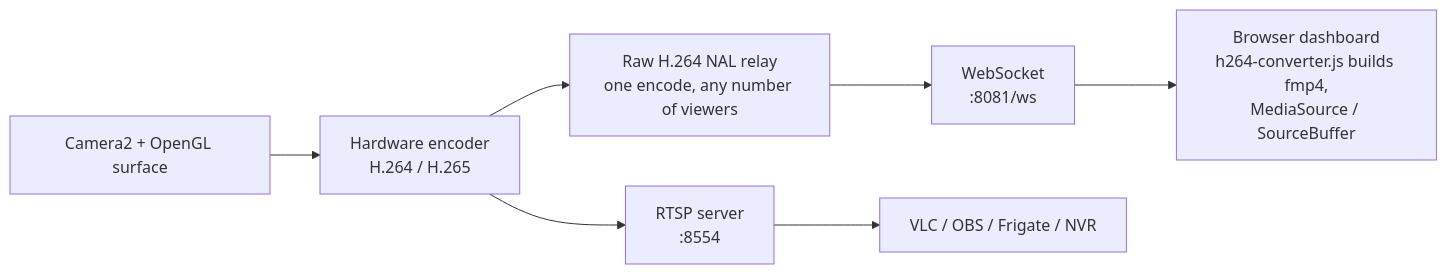
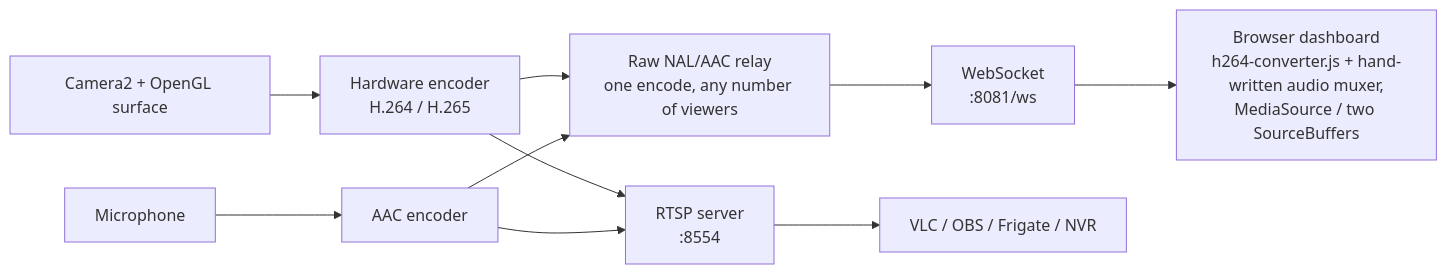
The diagram in README.md (fecloud/RTSP-CCTV-App), drawn with Mermaid before and after one commit. The commit also changed other lines of this file and 8 other files, not shown here.

````diff
--- a/README.md
+++ b/README.md
@@ -79,11 +79,14 @@
 ```mermaid
 flowchart LR
     CAM[Camera2 + OpenGL surface] --> ENC[Hardware encoder<br/>H.264 / H.265]
+    MIC[Microphone] --> AENC[AAC encoder]
     ENC --> RTSP[RTSP server<br/>:8554]
-    ENC --> RELAY[Raw H.264 NAL relay<br/>one encode, any number of viewers]
+    AENC --> RTSP
+    ENC --> RELAY[Raw NAL/AAC relay<br/>one encode, any number of viewers]
+    AENC --> RELAY
 
     RELAY --> WS[WebSocket<br/>:8081/ws]
 
     RTSP --> NVR[VLC / OBS / Frigate / NVR]
-    WS --> BROWSER[Browser dashboard<br/>h264-converter.js builds fmp4,<br/>MediaSource / SourceBuffer]
+    WS --> BROWSER[Browser dashboard<br/>h264-converter.js + hand-written audio muxer,<br/>MediaSource / two SourceBuffers]
 ```
````
